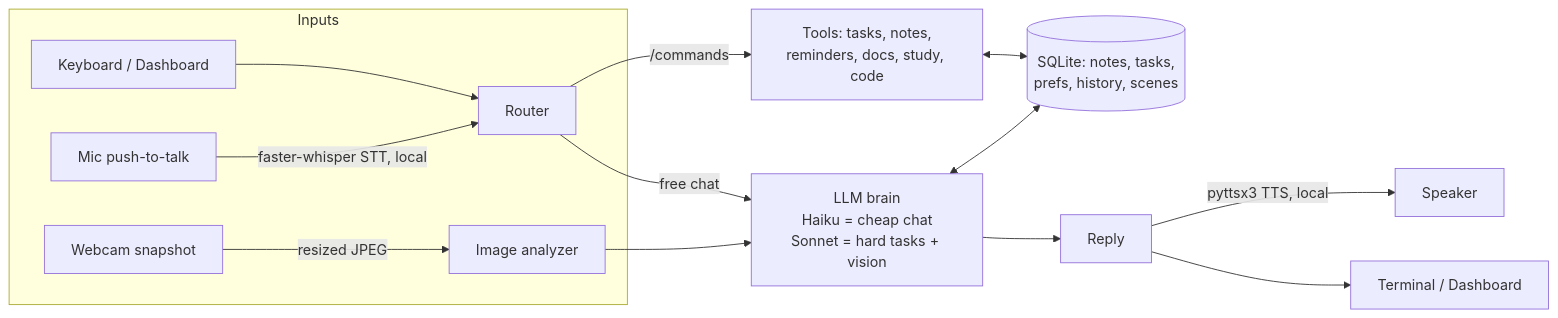
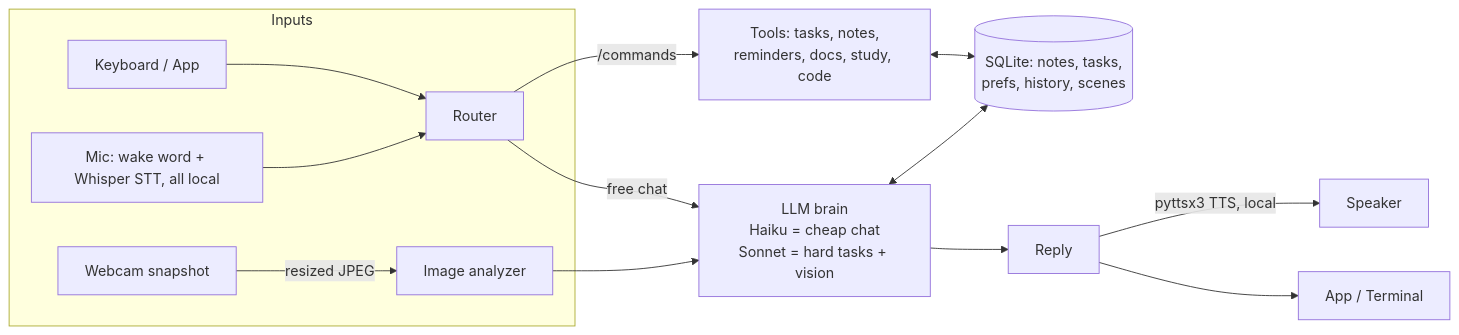
The diagram in README.md (hughdwill-byte/JARVIS), drawn with Mermaid before and after one commit. The commit also changed other lines of this file and 10 other files, not shown here.

````diff
--- a/README.md
+++ b/README.md
@@ -97,16 +106,16 @@
 ```mermaid
 flowchart LR
     subgraph Inputs
-        KB[Keyboard / Dashboard] --> R
-        MIC[Mic push-to-talk] -->|faster-whisper STT, local| R
+        KB[Keyboard / App] --> R
+        MIC[Mic: wake word + Whisper STT, all local] --> R
         CAM[Webcam snapshot] -->|resized JPEG| VA
     end
     R[Router] -->|/commands| T[Tools: tasks, notes,\nreminders, docs, study, code]
     R -->|free chat| B[LLM brain\nHaiku = cheap chat\nSonnet = hard tasks + vision]
     VA[Image analyzer] --> B
     T <--> DB[(SQLite: notes, tasks,\nprefs, history, scenes)]
     B <--> DB
     B --> OUT[Reply]
     OUT -->|pyttsx3 TTS, local| SPK[Speaker]
-    OUT --> UI[Terminal / Dashboard]
+    OUT --> UI[App / Terminal]
 ```
````
